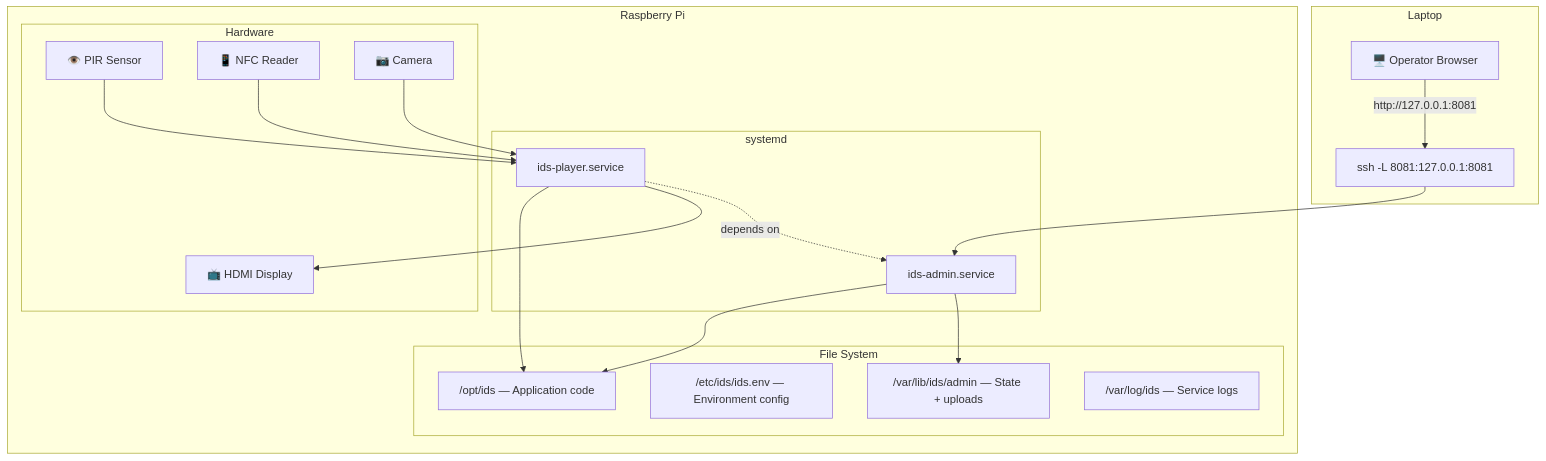
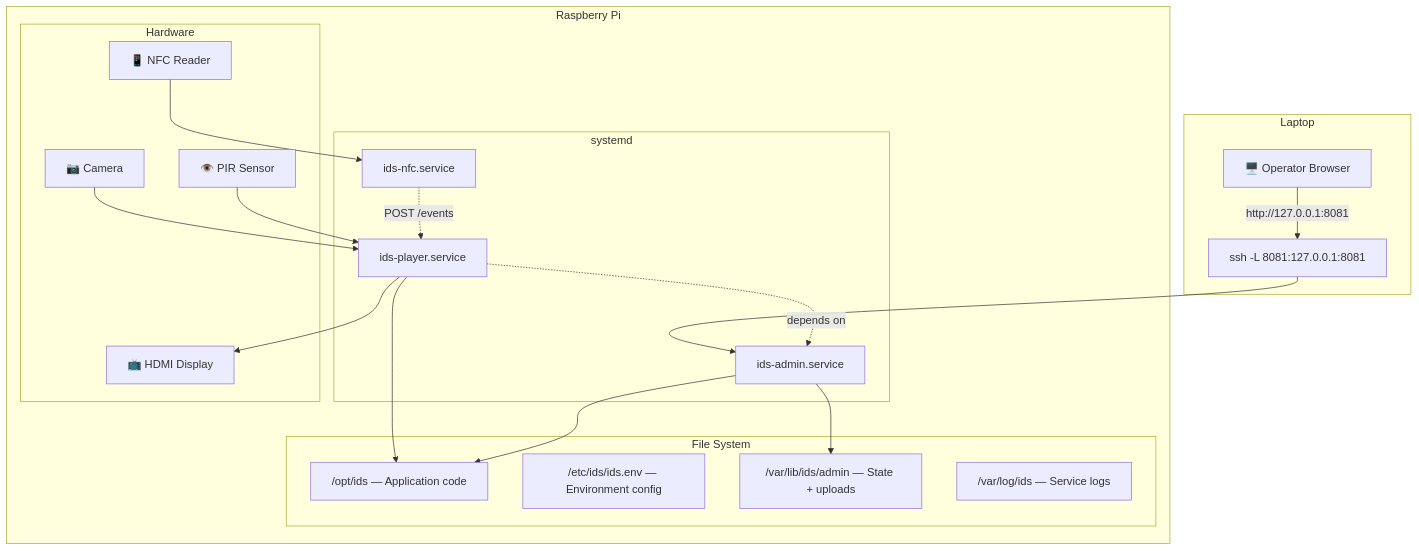
Before and after one commit to fergouchyahya/IDS: the first of 4 diagrams in docs/operations/deployment-pi.md, drawn with Mermaid. The commit also changed other lines of this file and 42 other files, not shown here.

````diff
--- a/docs/operations/deployment-pi.md
+++ b/docs/operations/deployment-pi.md
@@ -10,40 +10,42 @@
 ```mermaid
 flowchart TD
     subgraph "Raspberry Pi"
         subgraph "systemd"
             AdminSvc[ids-admin.service]
             PlayerSvc[ids-player.service]
+            NfcSvc[ids-nfc.service]
         end
 
         subgraph "File System"
             Code["/opt/ids — Application code"]
             Env["/etc/ids/ids.env — Environment config"]
             Data["/var/lib/ids/admin — State + uploads"]
             Logs["/var/log/ids — Service logs"]
         end
 
         subgraph "Hardware"
             HDMI[📺 HDMI Display]
             PIR[👁️ PIR Sensor]
             NFC[📱 NFC Reader]
             CAM[📷 Camera]
         end
 
         AdminSvc --> Code
         AdminSvc --> Data
         PlayerSvc --> Code
         PlayerSvc --> HDMI
         PlayerSvc -.->|depends on| AdminSvc
         PIR --> PlayerSvc
-        NFC --> PlayerSvc
+        NFC --> NfcSvc
+        NfcSvc -.->|POST /events| PlayerSvc
         CAM --> PlayerSvc
     end
 
     subgraph "Laptop"
         Browser[🖥️ Operator Browser]
         Tunnel["ssh -L 8081:127.0.0.1:8081"]
     end
 
     Browser -->|"http://127.0.0.1:8081"| Tunnel
     Tunnel --> AdminSvc
 ```
````
